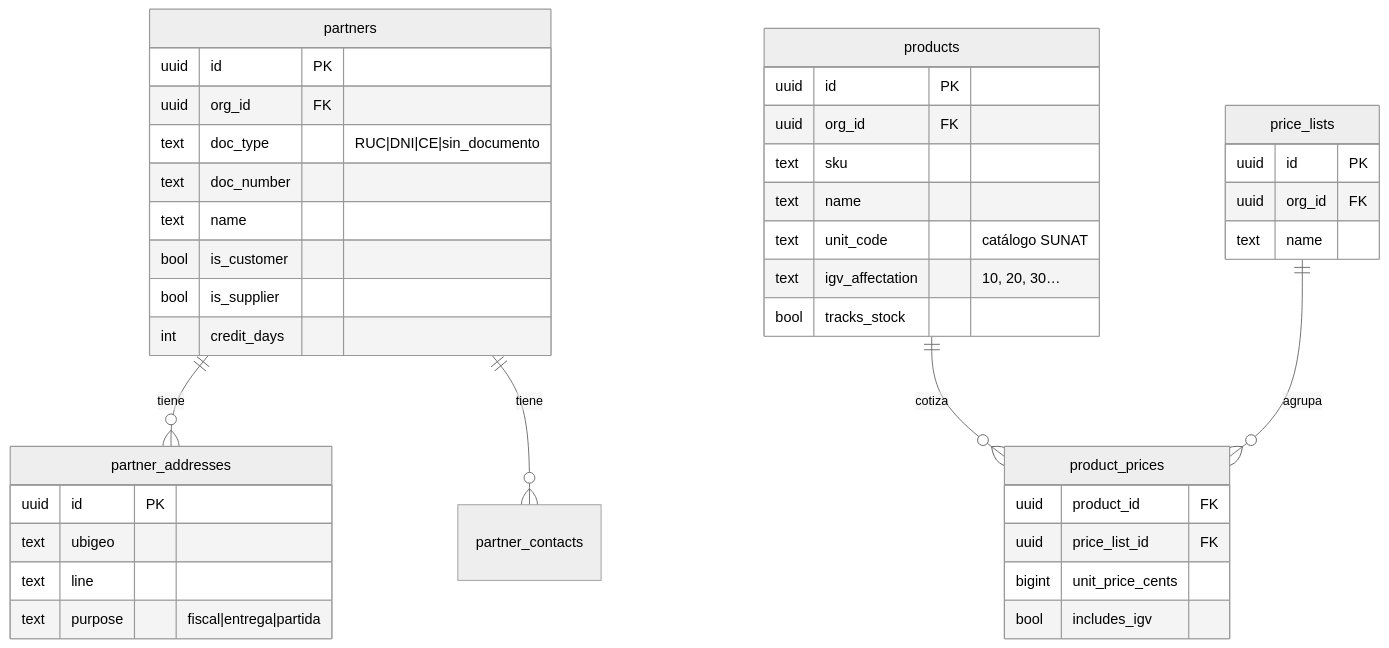
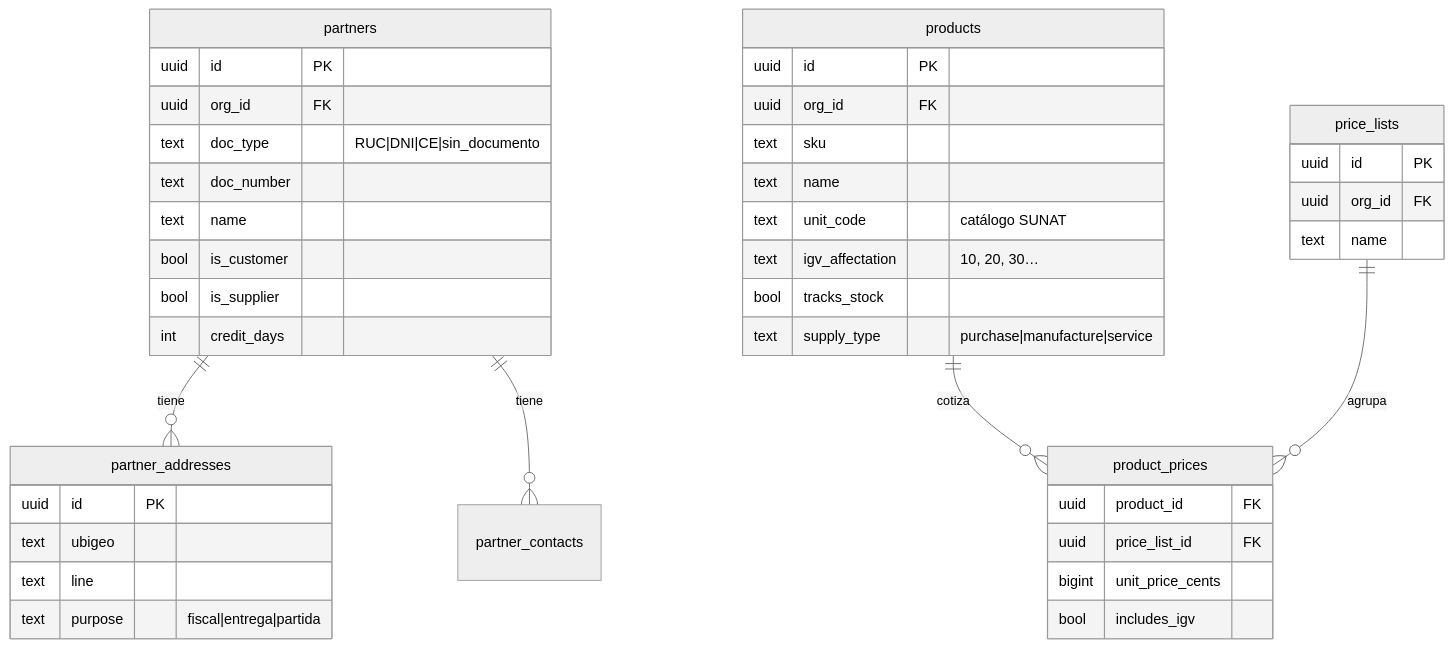
Before and after one commit to DiogoFabricioAG/meowlab: the fourth of 6 diagrams in docs/architecture/erp-modelo-datos-borrador.md, drawn with Mermaid (neutral theme). The commit also changed other lines of this file, not shown here.

````diff
--- a/docs/architecture/erp-modelo-datos-borrador.md
+++ b/docs/architecture/erp-modelo-datos-borrador.md
@@ -206,43 +225,44 @@
 ```mermaid
 erDiagram
   partners ||--o{ partner_addresses : tiene
   partners ||--o{ partner_contacts : tiene
   products ||--o{ product_prices : cotiza
   price_lists ||--o{ product_prices : agrupa
   partners {
     uuid id PK
     uuid org_id FK
     text doc_type "RUC|DNI|CE|sin_documento"
     text doc_number
     text name
     bool is_customer
     bool is_supplier
     int credit_days
   }
   partner_addresses {
     uuid id PK
     text ubigeo
     text line
     text purpose "fiscal|entrega|partida"
   }
   products {
     uuid id PK
     uuid org_id FK
     text sku
     text name
     text unit_code "catálogo SUNAT"
     text igv_affectation "10, 20, 30…"
     bool tracks_stock
+    text supply_type "purchase|manufacture|service"
   }
   price_lists {
     uuid id PK
     uuid org_id FK
     text name
   }
   product_prices {
     uuid product_id FK
     uuid price_list_id FK
     bigint unit_price_cents
     bool includes_igv
   }
 ```
````
